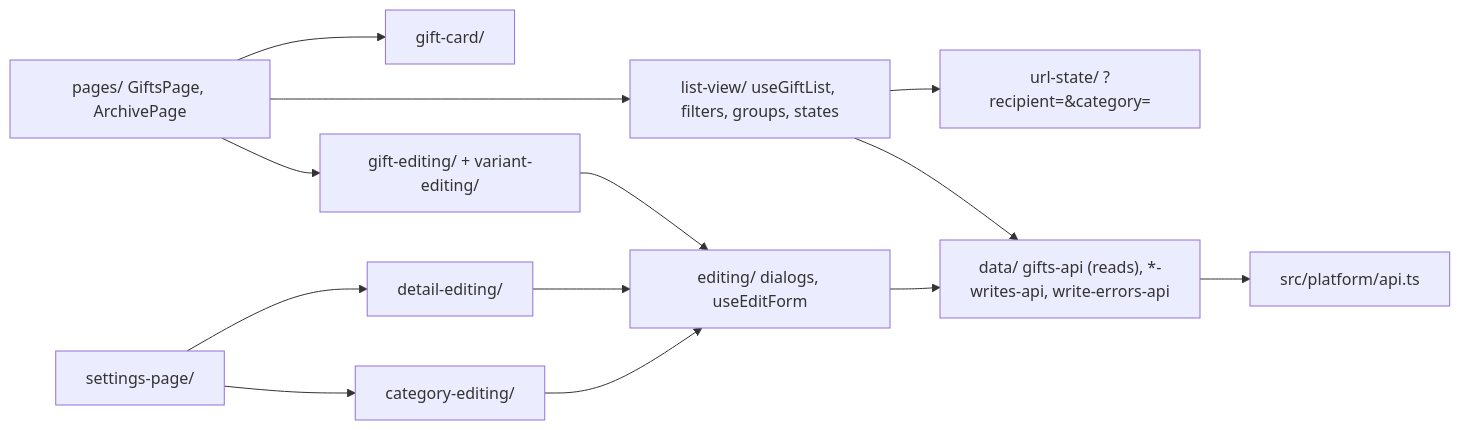
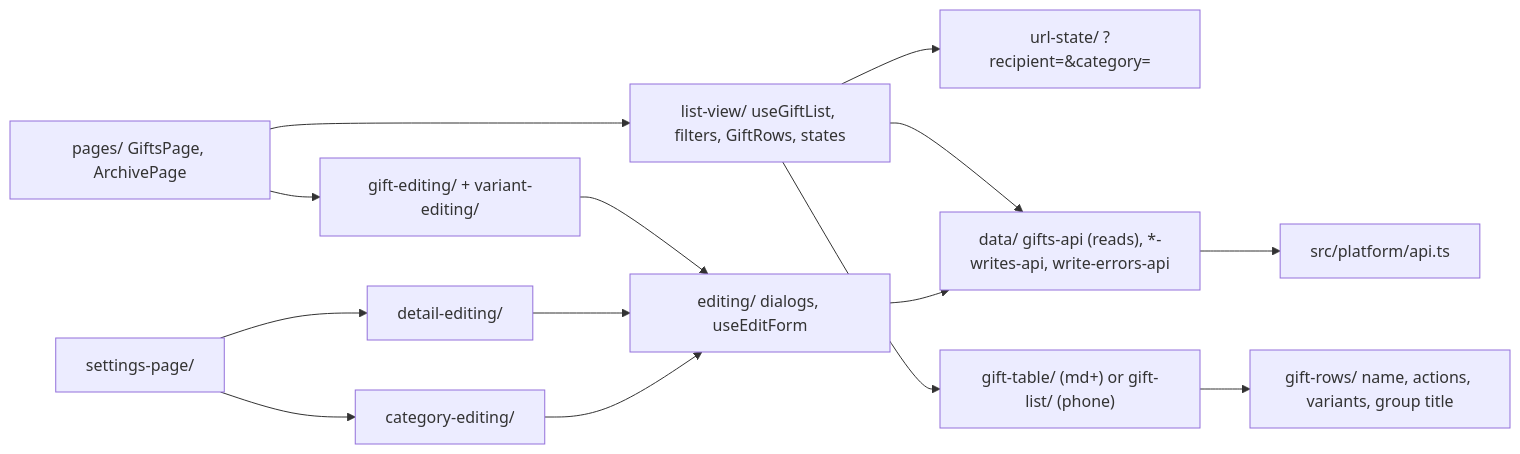
The second of 2 diagrams in web/docs/architecture.md (Weretik/home-app), drawn with Mermaid before and after one commit. The commit also changed other lines of this file and 58 other files, not shown here.

First line of the commit message:
Gifts: table/list instead of cards, clear person colours, bigger home wishes block (#16)

````diff
--- a/web/docs/architecture.md
+++ b/web/docs/architecture.md
@@ -232,10 +235,11 @@
 ```mermaid
 flowchart LR
-    pages["pages/ GiftsPage, ArchivePage"] --> list["list-view/ useGiftList, filters, groups, states"]
+    pages["pages/ GiftsPage, ArchivePage"] --> list["list-view/ useGiftList, filters, GiftRows, states"]
     list --> url["url-state/ ?recipient=&category="]
     list --> data["data/ gifts-api (reads), *-writes-api, write-errors-api"]
-    pages --> card["gift-card/"] & giftEdit["gift-editing/ + variant-editing/"]
+    list --> rows["gift-table/ (md+) or gift-list/ (phone)"] --> parts["gift-rows/ name, actions, variants, group title"]
+    pages --> giftEdit["gift-editing/ + variant-editing/"]
     settings["settings-page/"] --> detail["detail-editing/"] & category["category-editing/"]
     giftEdit & detail & category --> editing["editing/ dialogs, useEditForm"] --> data
     data --> platform["src/platform/api.ts"]
 ```
````
